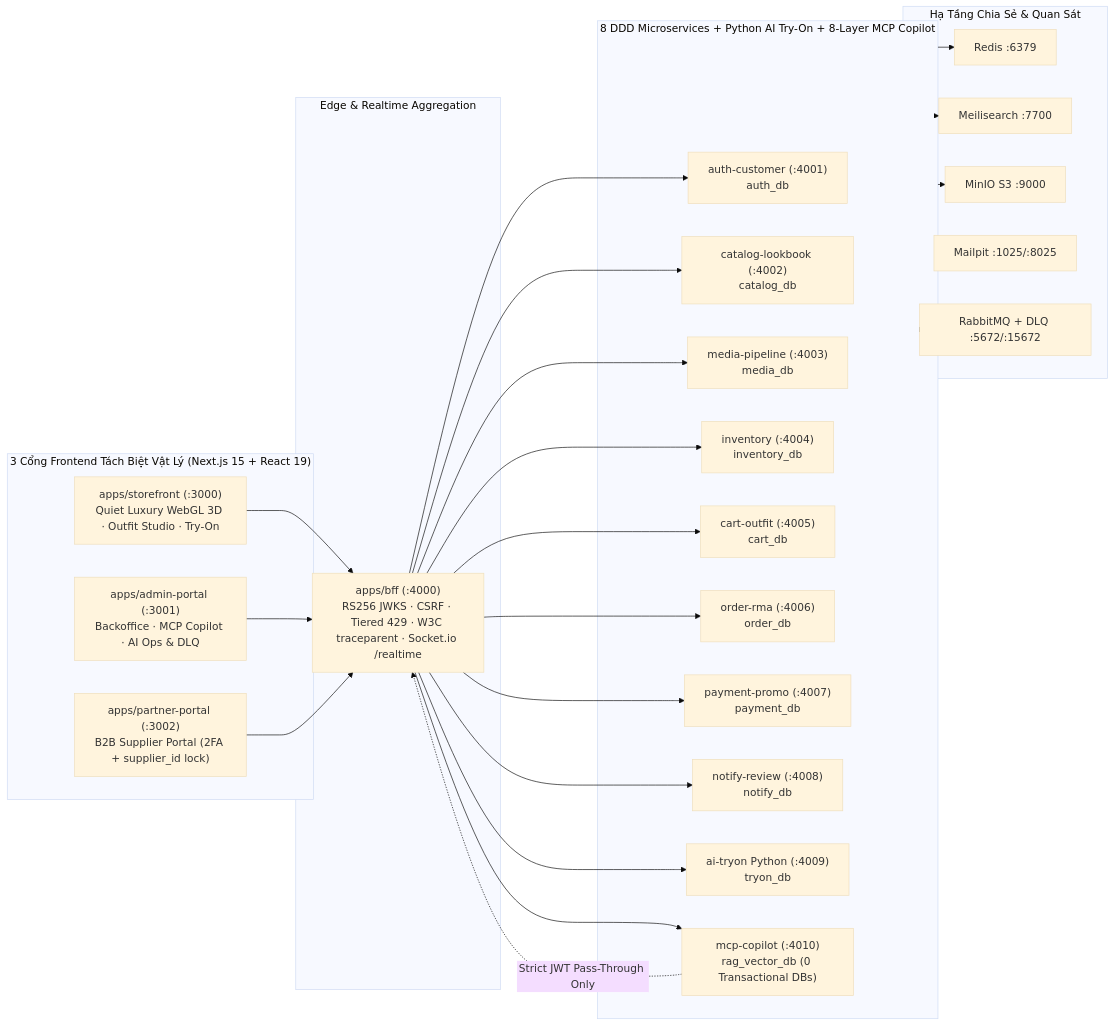
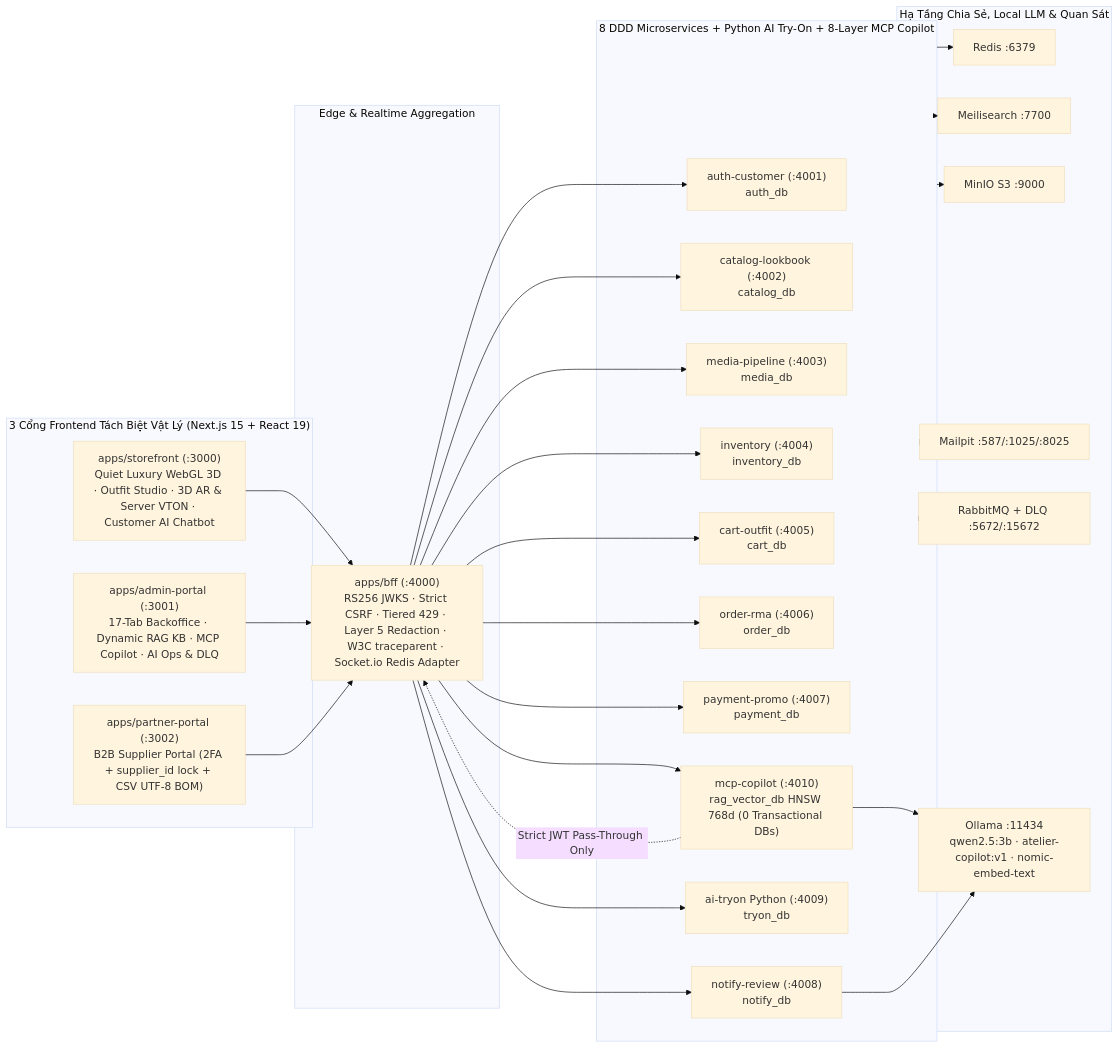
Before and after one commit to lebao01121-lang/TryVibe: the diagram in docs/TONG_KET_KIEN_TRUC_VA_NGHIEM_THU.md, drawn with Mermaid (base theme). The commit also changed other lines of this file and 486 other files, not shown here.

````diff
--- a/docs/TONG_KET_KIEN_TRUC_VA_NGHIEM_THU.md
+++ b/docs/TONG_KET_KIEN_TRUC_VA_NGHIEM_THU.md
@@ -13,40 +15,43 @@
 ```mermaid
 flowchart LR
     subgraph Portals["3 Cổng Frontend Tách Biệt Vật Lý (Next.js 15 + React 19)"]
-        SF["apps/storefront (:3000)<br/>Quiet Luxury WebGL 3D · Outfit Studio · Try-On"]
-        AD["apps/admin-portal (:3001)<br/>Backoffice · MCP Copilot · AI Ops & DLQ"]
-        PT["apps/partner-portal (:3002)<br/>B2B Supplier Portal (2FA + supplier_id lock)"]
+        SF["apps/storefront (:3000)<br/>Quiet Luxury WebGL 3D · Outfit Studio · 3D AR & Server VTON · Customer AI Chatbot"]
+        AD["apps/admin-portal (:3001)<br/>17-Tab Backoffice · Dynamic RAG KB · MCP Copilot · AI Ops & DLQ"]
+        PT["apps/partner-portal (:3002)<br/>B2B Supplier Portal (2FA + supplier_id lock + CSV UTF-8 BOM)"]
     end
 
     subgraph Edge["Edge & Realtime Aggregation"]
-        BFF["apps/bff (:4000)<br/>RS256 JWKS · CSRF · Tiered 429 · W3C traceparent · Socket.io /realtime"]
+        BFF["apps/bff (:4000)<br/>RS256 JWKS · Strict CSRF · Tiered 429 · Layer 5 Redaction · W3C traceparent · Socket.io Redis Adapter"]
     end
 
     subgraph Core["8 DDD Microservices + Python AI Try-On + 8-Layer MCP Copilot"]
         AUTH["auth-customer (:4001)<br/>auth_db"]
         CAT["catalog-lookbook (:4002)<br/>catalog_db"]
         MED["media-pipeline (:4003)<br/>media_db"]
         INV["inventory (:4004)<br/>inventory_db"]
         CART["cart-outfit (:4005)<br/>cart_db"]
         ORD["order-rma (:4006)<br/>order_db"]
         PAY["payment-promo (:4007)<br/>payment_db"]
         NOT["notify-review (:4008)<br/>notify_db"]
         TRY["ai-tryon Python (:4009)<br/>tryon_db"]
-        MCP["mcp-copilot (:4010)<br/>rag_vector_db (0 Transactional DBs)"]
+        MCP["mcp-copilot (:4010)<br/>rag_vector_db HNSW 768d (0 Transactional DBs)"]
     end
 
-    subgraph Infra["Hạ Tầng Chia Sẻ & Quan Sát"]
+    subgraph Infra["Hạ Tầng Chia Sẻ, Local LLM & Quan Sát"]
         RED["Redis :6379"]
         MEI["Meilisearch :7700"]
         MIN["MinIO S3 :9000"]
-        MP["Mailpit :1025/:8025"]
+        MP["Mailpit :587/:1025/:8025"]
         RMQ["RabbitMQ + DLQ :5672/:15672"]
+        OLL["Ollama :11434<br/>qwen2.5:3b · atelier-copilot:v1 · nomic-embed-text"]
     end
 
     SF --> BFF
     AD --> BFF
     PT --> BFF
     BFF --> AUTH & CAT & MED & INV & CART & ORD & PAY & NOT & TRY & MCP
     MCP -. "Strict JWT Pass-Through Only" .-> BFF
+    MCP --> OLL
+    NOT --> OLL
     Core --> RED & MEI & MIN & MP & RMQ
 ```
````
